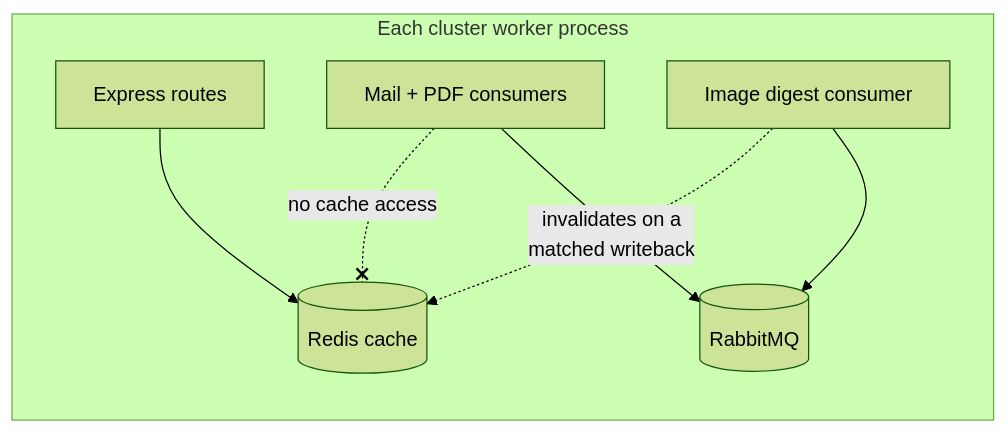
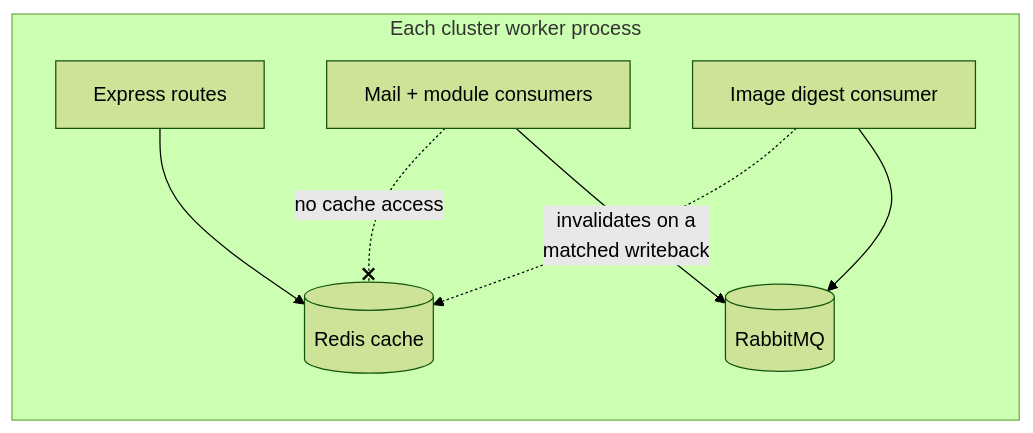
The sixth of 6 diagrams in docs/tools/redis-cache.md (Guebbit/boilerplate-node-backend), drawn with Mermaid (forest theme) before and after one commit. The commit also changed other lines of this file and 130 other files, not shown here.

````diff
--- a/docs/tools/redis-cache.md
+++ b/docs/tools/redis-cache.md
@@ -433,10 +433,10 @@
 ```mermaid
 flowchart LR
     subgraph W["Each cluster worker process"]
         E["Express routes"] --> Cache[("Redis cache")]
-        Q["Mail + PDF consumers"] --> Rabbit[("RabbitMQ")]
+        Q["Mail + module consumers"] --> Rabbit[("RabbitMQ")]
         I["Image digest consumer"] --> Rabbit
         I -. invalidates on a<br/>matched writeback .-> Cache
     end
     Q -. no cache access .-x Cache
 ```
````
